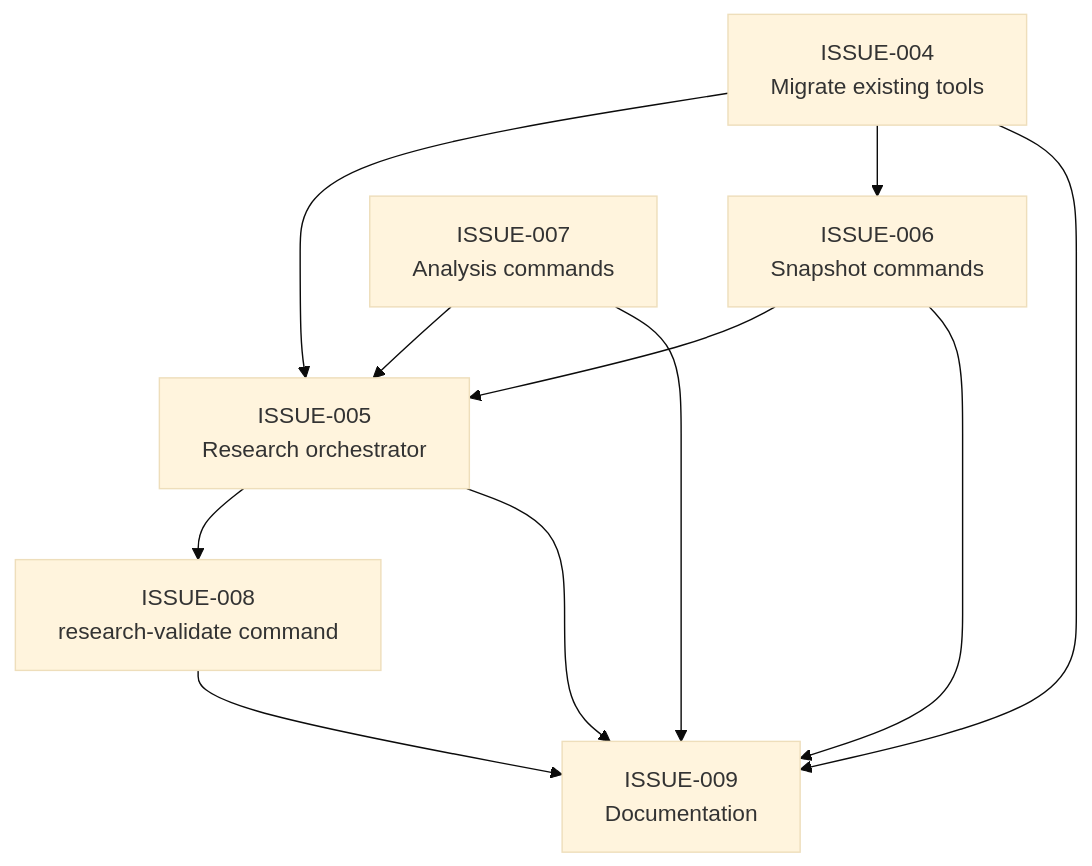
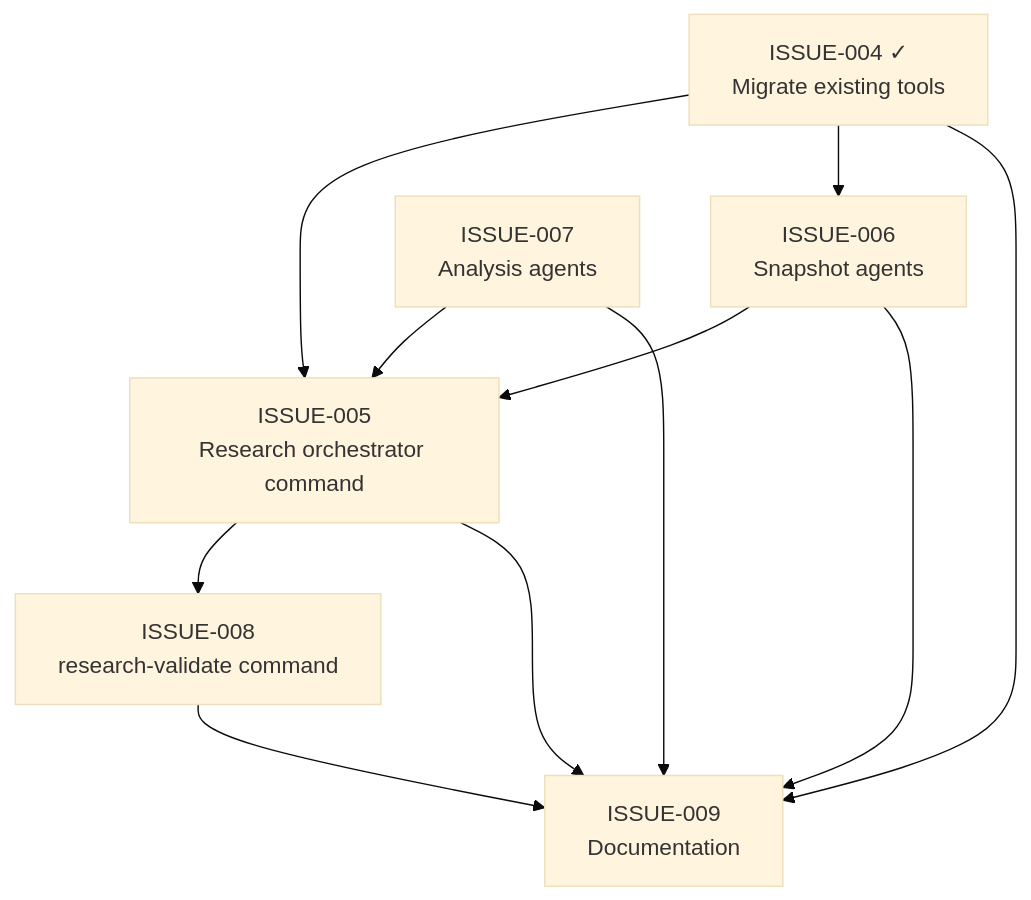
One commit to mabrax/coihuin-spec changed the diagram in cspec/issues/DEPENDENCY-GRAPH.md. Above: the diagram before and after it, drawn with Mermaid (base theme). The commit also changed 5 other files, not shown here.

````diff
--- a/cspec/issues/DEPENDENCY-GRAPH.md
+++ b/cspec/issues/DEPENDENCY-GRAPH.md
@@ -3,21 +3,21 @@
 ```mermaid
 flowchart TD
-    ISSUE-004["ISSUE-004<br/>Migrate existing tools"]
-    ISSUE-005["ISSUE-005<br/>Research orchestrator"]
-    ISSUE-006["ISSUE-006<br/>Snapshot commands"]
-    ISSUE-007["ISSUE-007<br/>Analysis commands"]
+    ISSUE-004["ISSUE-004 ✓<br/>Migrate existing tools"]
+    ISSUE-005["ISSUE-005<br/>Research orchestrator command"]
+    ISSUE-006["ISSUE-006<br/>Snapshot agents"]
+    ISSUE-007["ISSUE-007<br/>Analysis agents"]
     ISSUE-008["ISSUE-008<br/>research-validate command"]
     ISSUE-009["ISSUE-009<br/>Documentation"]
 
     ISSUE-004 --> ISSUE-005
     ISSUE-004 --> ISSUE-006
     ISSUE-006 --> ISSUE-005
     ISSUE-007 --> ISSUE-005
     ISSUE-005 --> ISSUE-008
 
     ISSUE-004 --> ISSUE-009
     ISSUE-005 --> ISSUE-009
     ISSUE-006 --> ISSUE-009
     ISSUE-007 --> ISSUE-009
     ISSUE-008 --> ISSUE-009
 ```
````
